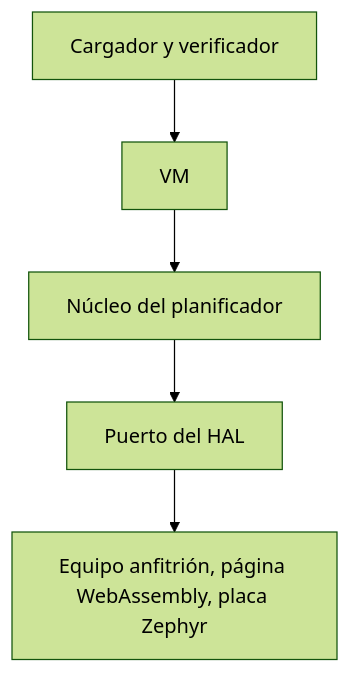
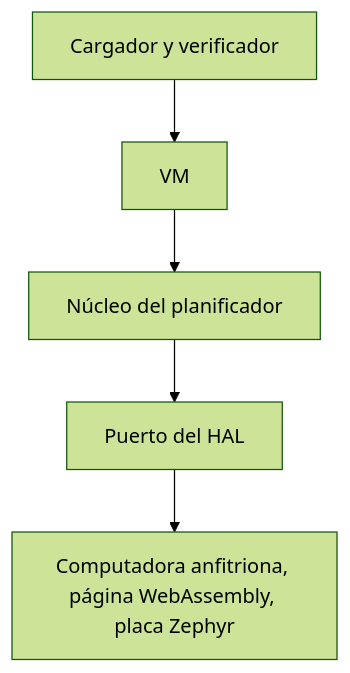
The diagram in docs/i18n/es/docusaurus-plugin-content-docs/current/runtime/index.md (eduardojvieira/ZPLC), drawn with Mermaid (forest theme) before and after one commit. The commit also changed other lines of this file and 68 other files, not shown here.

Commit message:
docs(es): settle Spanish terms (carga, runtime, el HAL, computadora, punto de parada) and drop requirement IDs from user pages

````diff
--- a/docs/i18n/es/docusaurus-plugin-content-docs/current/runtime/index.md
+++ b/docs/i18n/es/docusaurus-plugin-content-docs/current/runtime/index.md
@@ -24,7 +24,7 @@
 ```mermaid
 flowchart TD
   Loader[Cargador y verificador] --> VM[VM]
   VM --> Sched[Núcleo del planificador]
   Sched --> HAL[Puerto del HAL]
-  HAL --> Platform[Equipo anfitrión, página WebAssembly, placa Zephyr]
+  HAL --> Platform[Computadora anfitriona, página WebAssembly, placa Zephyr]
 ```
````
